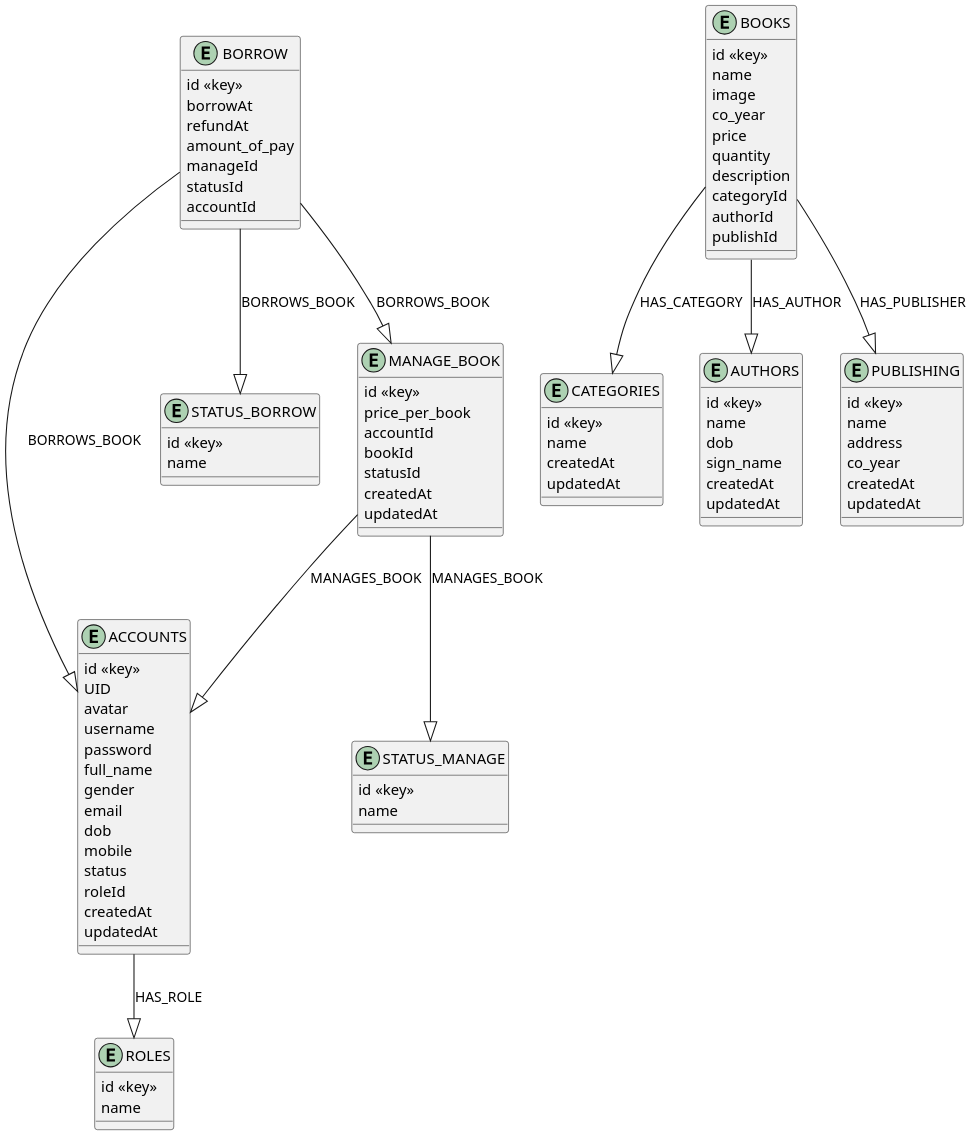
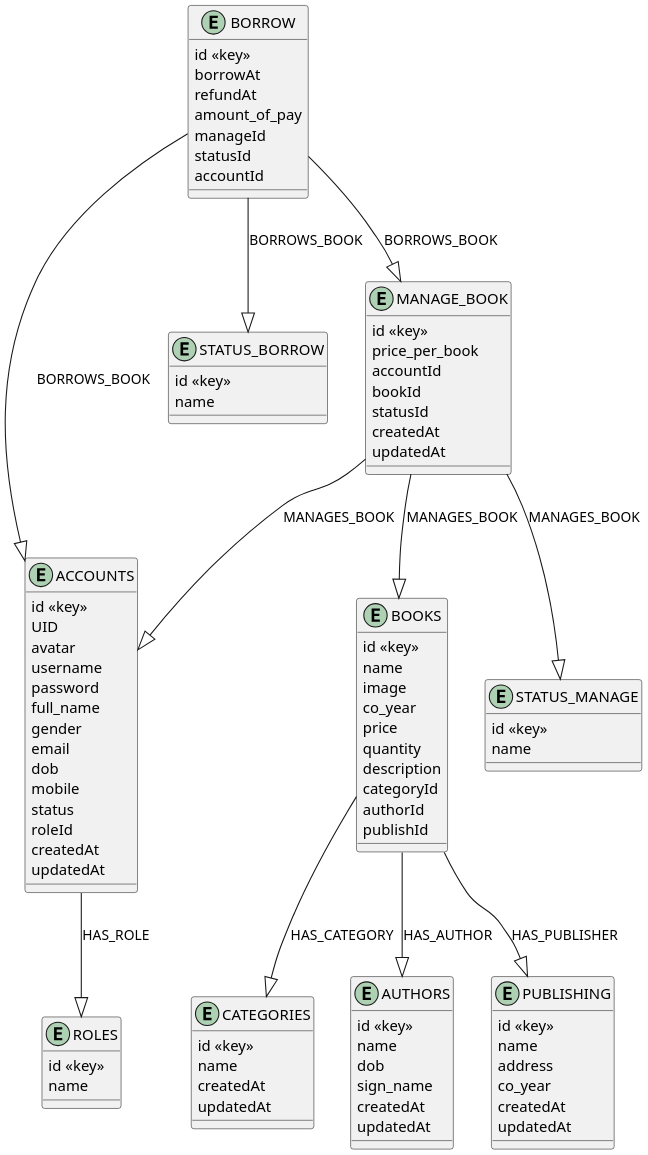
Before and after one commit to viettq1997/library-management-system: the diagram in docs/design/ERD.puml, drawn with PlantUML. The commit also changed 1 other file, not shown here.

Commit message:
main: update ERD

```diff
--- a/docs/design/ERD.puml
+++ b/docs/design/ERD.puml
@@ -1,105 +1,106 @@
 @startuml
 skinparam height 100%
 skinparam dpi 200
 
 entity ROLES {
   id <<key>>
   name
 }
 
 entity ACCOUNTS {
   id <<key>>
   UID
   avatar
   username
   password
   full_name
   gender
   email
   dob
   mobile
   status
   roleId
   createdAt
   updatedAt
 }
 
 entity CATEGORIES {
   id <<key>>
   name
   createdAt
   updatedAt
 }
 
 entity AUTHORS {
   id <<key>>
   name
   dob
   sign_name
   createdAt
   updatedAt
 }
 
 entity PUBLISHING {
   id <<key>>
   name
   address
   co_year
   createdAt
   updatedAt
 }
 
 entity BOOKS {
   id <<key>>
   name
   image
   co_year
   price
   quantity
   description
   categoryId
   authorId
   publishId
 }
 
 entity STATUS_MANAGE {
   id <<key>>
   name
 }
 
 entity STATUS_BORROW {
   id <<key>>
   name
 }
 
 entity MANAGE_BOOK {
   id <<key>>
   price_per_book
   accountId
   bookId
   statusId
   createdAt
   updatedAt
 }
 
 entity BORROW {
   id <<key>>
   borrowAt
   refundAt
   amount_of_pay
   manageId
   statusId
   accountId
 }
 
 ACCOUNTS --|> ROLES : HAS_ROLE
 BOOKS --|> CATEGORIES : HAS_CATEGORY
 BOOKS --|> AUTHORS : HAS_AUTHOR
 BOOKS --|> PUBLISHING : HAS_PUBLISHER
 MANAGE_BOOK --|> ACCOUNTS : MANAGES_BOOK
 MANAGE_BOOK --|> STATUS_MANAGE : MANAGES_BOOK
+MANAGE_BOOK --|> BOOKS : MANAGES_BOOK
 BORROW --|> MANAGE_BOOK : BORROWS_BOOK
 BORROW --|> STATUS_BORROW : BORROWS_BOOK
 BORROW --|> ACCOUNTS : BORROWS_BOOK
 
 @enduml
```
